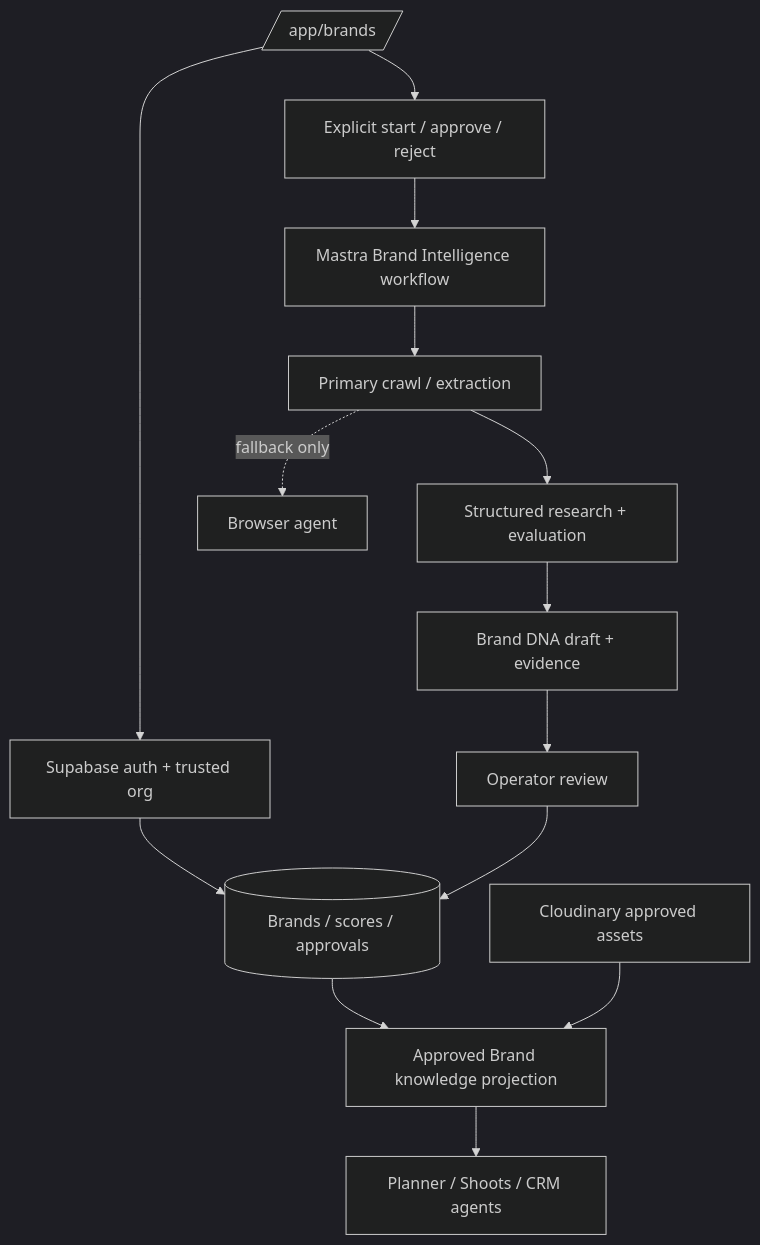
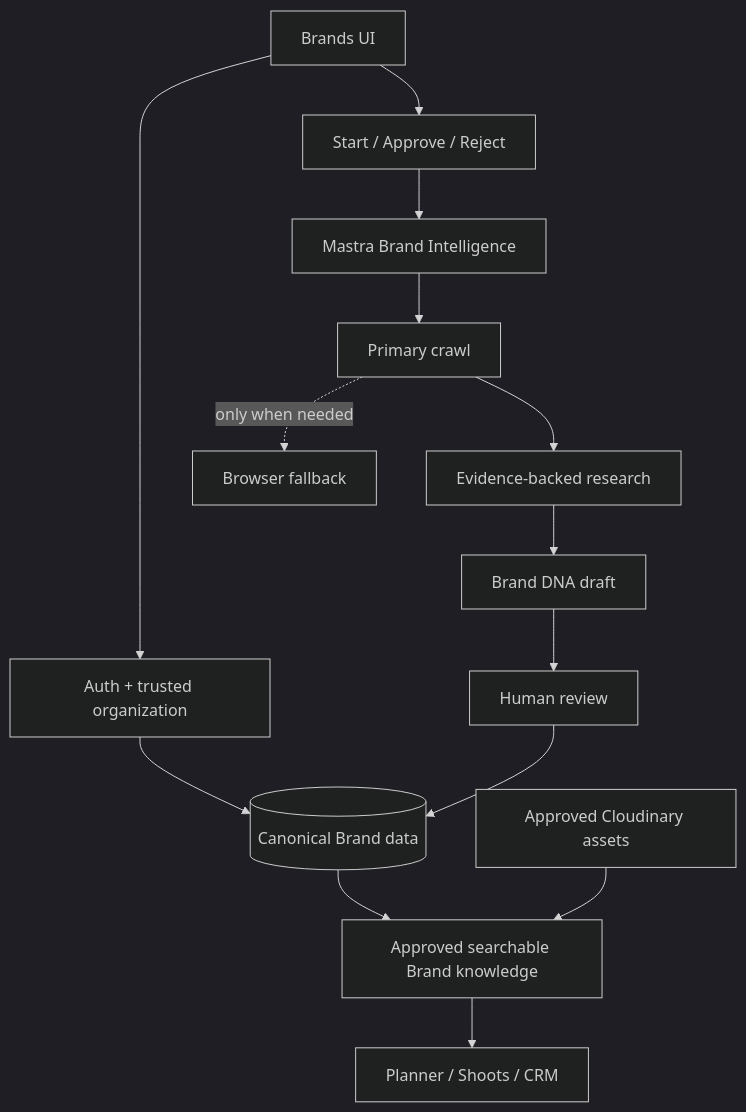
Before and after one commit to amoai-tech/ipixai: the second of 2 diagrams in docs/ipix-platform/10-brands/BRANDS.md, drawn with Mermaid (dark theme). The commit also changed other lines of this file and 1 other file, not shown here.

Commit message:
docs: simplify brands plan and domain writing standard

````diff
--- a/docs/ipix-platform/10-brands/BRANDS.md
+++ b/docs/ipix-platform/10-brands/BRANDS.md
@@ -255,16 +380,16 @@
 ```mermaid
 flowchart TD
-  UI[/app/brands/] --> AUTH[Supabase auth + trusted org]
-  AUTH --> BDB[(Brands / scores / approvals)]
-  UI --> ACTION[Explicit start / approve / reject]
-  ACTION --> WF[Mastra Brand Intelligence workflow]
-  WF --> CRAWL[Primary crawl / extraction]
-  CRAWL --> RESEARCH[Structured research + evaluation]
-  RESEARCH --> DRAFT[Brand DNA draft + evidence]
-  DRAFT --> REVIEW[Operator review]
-  REVIEW --> BDB
-  BDB --> KNOW[Approved Brand knowledge projection]
-  KNOW --> PLANNER[Planner / Shoots / CRM agents]
-  CRAWL -. fallback only .-> BROWSER[Browser agent]
-  ASSETS[Cloudinary approved assets] --> KNOW
+  UI[Brands UI] --> AUTH[Auth + trusted organization]
+  AUTH --> DB[(Canonical Brand data)]
+  UI --> ACTION[Start / Approve / Reject]
+  ACTION --> WF[Mastra Brand Intelligence]
+  WF --> CRAWL[Primary crawl]
+  CRAWL --> RESEARCH[Evidence-backed research]
+  RESEARCH --> DRAFT[Brand DNA draft]
+  DRAFT --> REVIEW[Human review]
+  REVIEW --> DB
+  DB --> KNOW[Approved searchable Brand knowledge]
+  KNOW --> PLAN[Planner / Shoots / CRM]
+  CRAWL -. only when needed .-> BROWSER[Browser fallback]
+  ASSETS[Approved Cloudinary assets] --> KNOW
 ```
````
